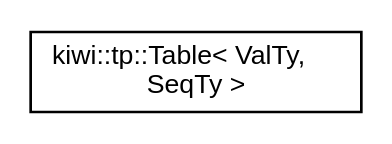
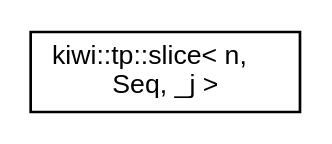
The diagram in inherit_graph_72.dot (bab2min/Kiwi), drawn with Graphviz before and after one commit. The commit also changed 205 other files, not shown here.

```diff
--- a/inherit_graph_72.dot
+++ b/inherit_graph_72.dot
@@ -1,8 +1,8 @@
 digraph "Graphical Class Hierarchy"
 {
  // LATEX_PDF_SIZE
   edge [fontname="Helvetica",fontsize="10",labelfontname="Helvetica",labelfontsize="10"];
   node [fontname="Helvetica",fontsize="10",shape=record];
   rankdir="LR";
-  Node0 [label="kiwi::tp::Table\< ValTy,\l SeqTy \>",height=0.2,width=0.4,color="black", fillcolor="white", style="filled",URL="$classkiwi_1_1tp_1_1Table.html",tooltip=" "];
+  Node0 [label="kiwi::tp::slice\< n,\l Seq, _j \>",height=0.2,width=0.4,color="black", fillcolor="white", style="filled",URL="$structkiwi_1_1tp_1_1slice.html",tooltip=" "];
 }
```
